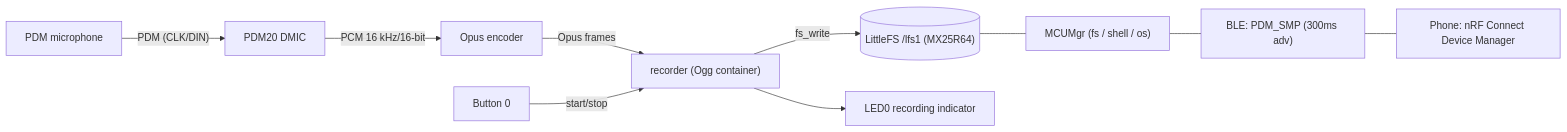
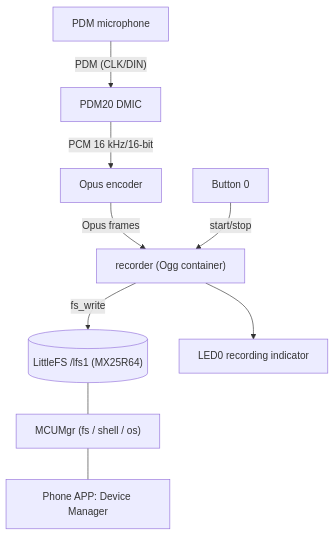
Before and after one commit to Jayant-Tang/nrf54l_pdm_opus_recorder: the diagram in README.md, drawn with Mermaid. The commit also changed other lines of this file and 10 other files, not shown here.

````diff
--- a/README.md
+++ b/README.md
@@ -13,12 +14,11 @@
 ```mermaid
-flowchart LR
+flowchart TD
     mic["PDM microphone"] -->|"PDM (CLK/DIN)"| pdm["PDM20 DMIC"]
     pdm -->|"PCM 16 kHz/16-bit"| enc["Opus encoder"]
     enc -->|"Opus frames"| rec["recorder (Ogg container)"]
     rec -->|"fs_write"| lfs[("LittleFS /lfs1 (MX25R64)")]
     btn["Button 0"] -->|"start/stop"| rec
     rec --> led0["LED0 recording indicator"]
     lfs --- smp["MCUMgr (fs / shell / os)"]
-    smp --- ble["BLE: PDM_SMP (300ms adv)"]
-    ble --- phone["Phone: nRF Connect Device Manager"]
+    smp --- phone["Phone APP: Device Manager"]
 ```
````
